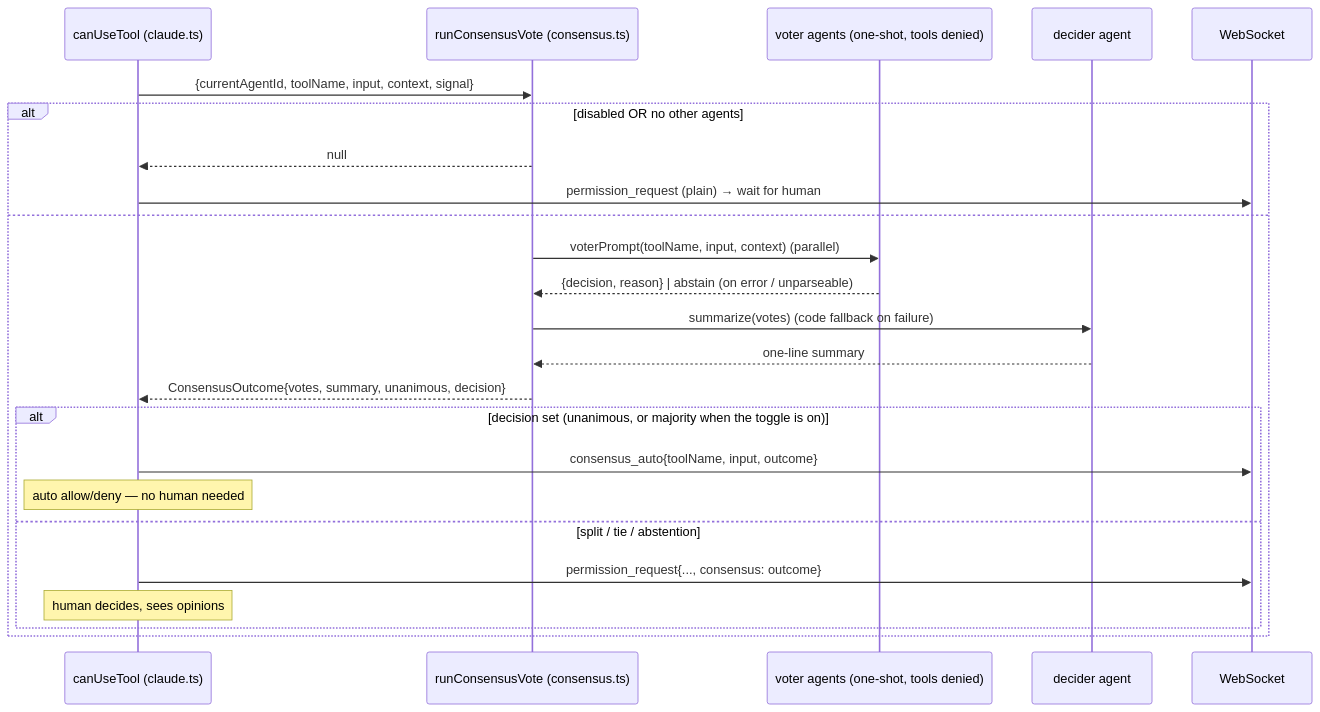
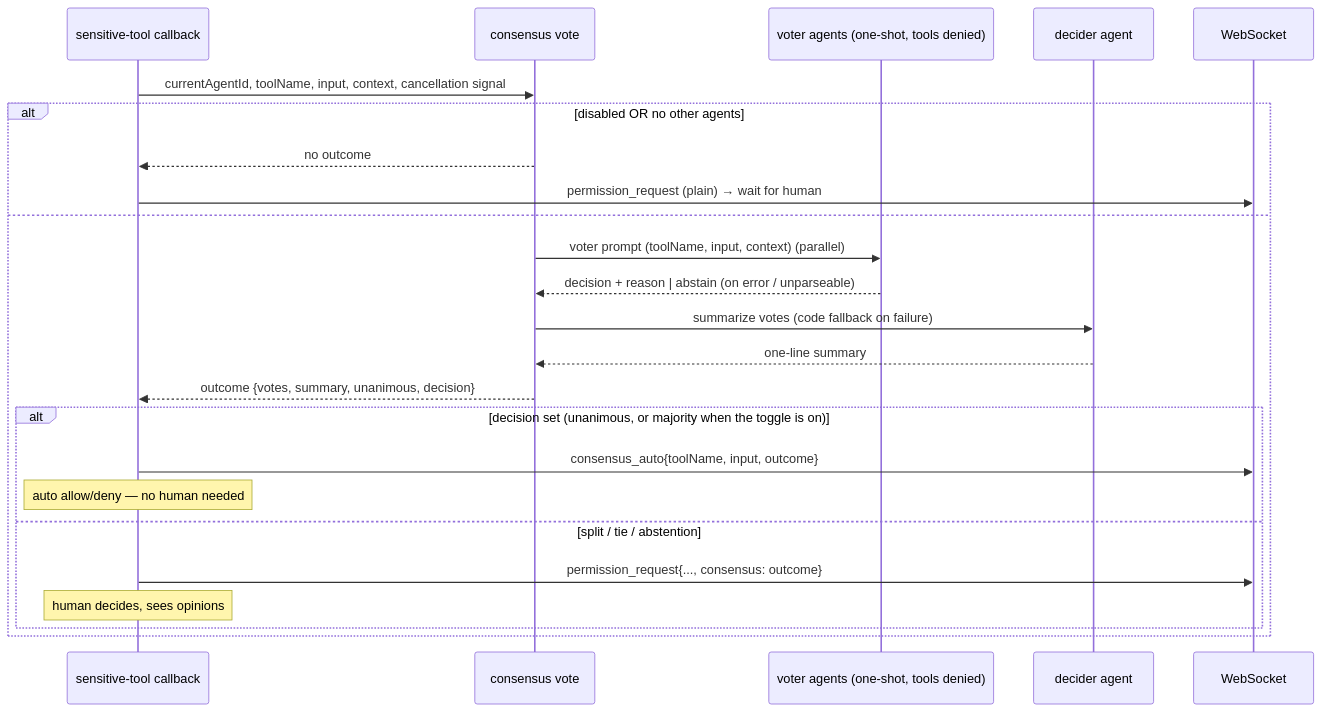
The diagram in specs/domains/core/permission-gateway/consensus.md (sequencestream/c3), drawn with Mermaid before and after one commit. The commit also changed other lines of this file and 99 other files, not shown here.

````diff
--- a/specs/domains/core/permission-gateway/consensus.md
+++ b/specs/domains/core/permission-gateway/consensus.md
@@ -125,27 +121,27 @@
 ```mermaid
 sequenceDiagram
-    participant GW as canUseTool (claude.ts)
-    participant CO as runConsensusVote (consensus.ts)
+    participant GW as sensitive-tool callback
+    participant CO as consensus vote
     participant V as voter agents (one-shot, tools denied)
     participant D as decider agent
     participant WS as WebSocket
 
-    GW->>CO: {currentAgentId, toolName, input, context, signal}
+    GW->>CO: currentAgentId, toolName, input, context, cancellation signal
     alt disabled OR no other agents
-        CO-->>GW: null
+        CO-->>GW: no outcome
         GW->>WS: permission_request (plain) → wait for human
     else
-        CO->>V: voterPrompt(toolName, input, context)  (parallel)
-        V-->>CO: {decision, reason} | abstain (on error / unparseable)
-        CO->>D: summarize(votes)  (code fallback on failure)
+        CO->>V: voter prompt (toolName, input, context)  (parallel)
+        V-->>CO: decision + reason | abstain (on error / unparseable)
+        CO->>D: summarize votes  (code fallback on failure)
         D-->>CO: one-line summary
-        CO-->>GW: ConsensusOutcome{votes, summary, unanimous, decision}
+        CO-->>GW: outcome {votes, summary, unanimous, decision}
         alt decision set (unanimous, or majority when the toggle is on)
             GW->>WS: consensus_auto{toolName, input, outcome}
             Note over GW: auto allow/deny — no human needed
         else split / tie / abstention
             GW->>WS: permission_request{..., consensus: outcome}
             Note over GW: human decides, sees opinions
         end
     end
 ```
````
